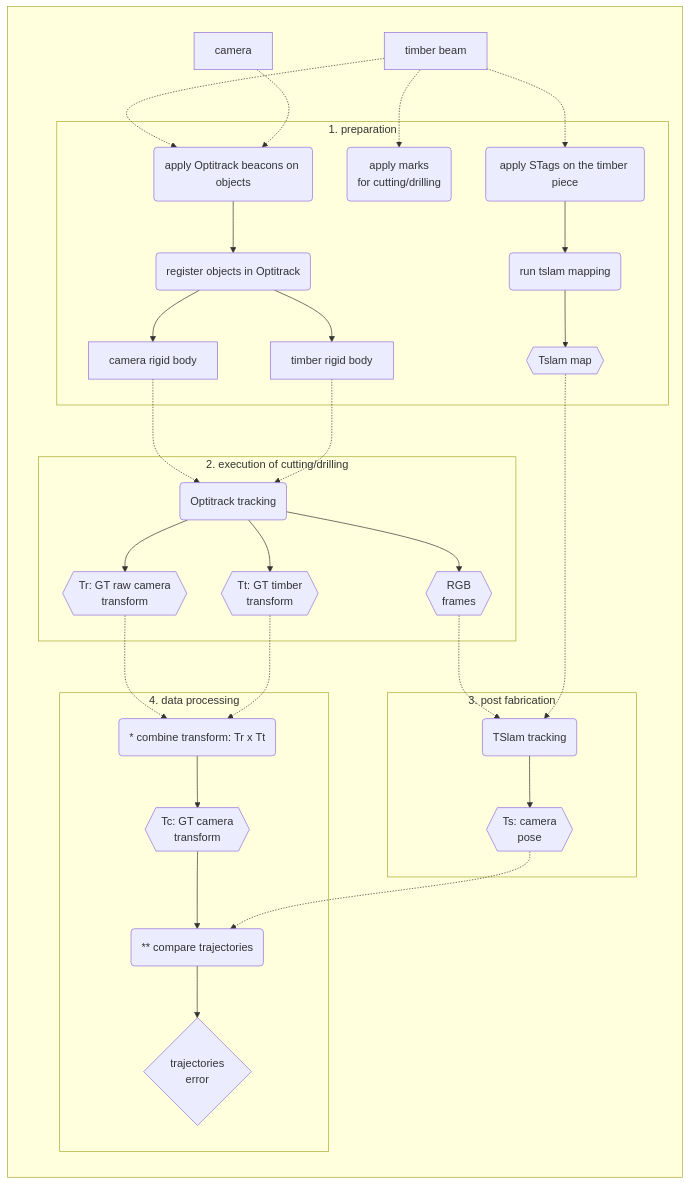
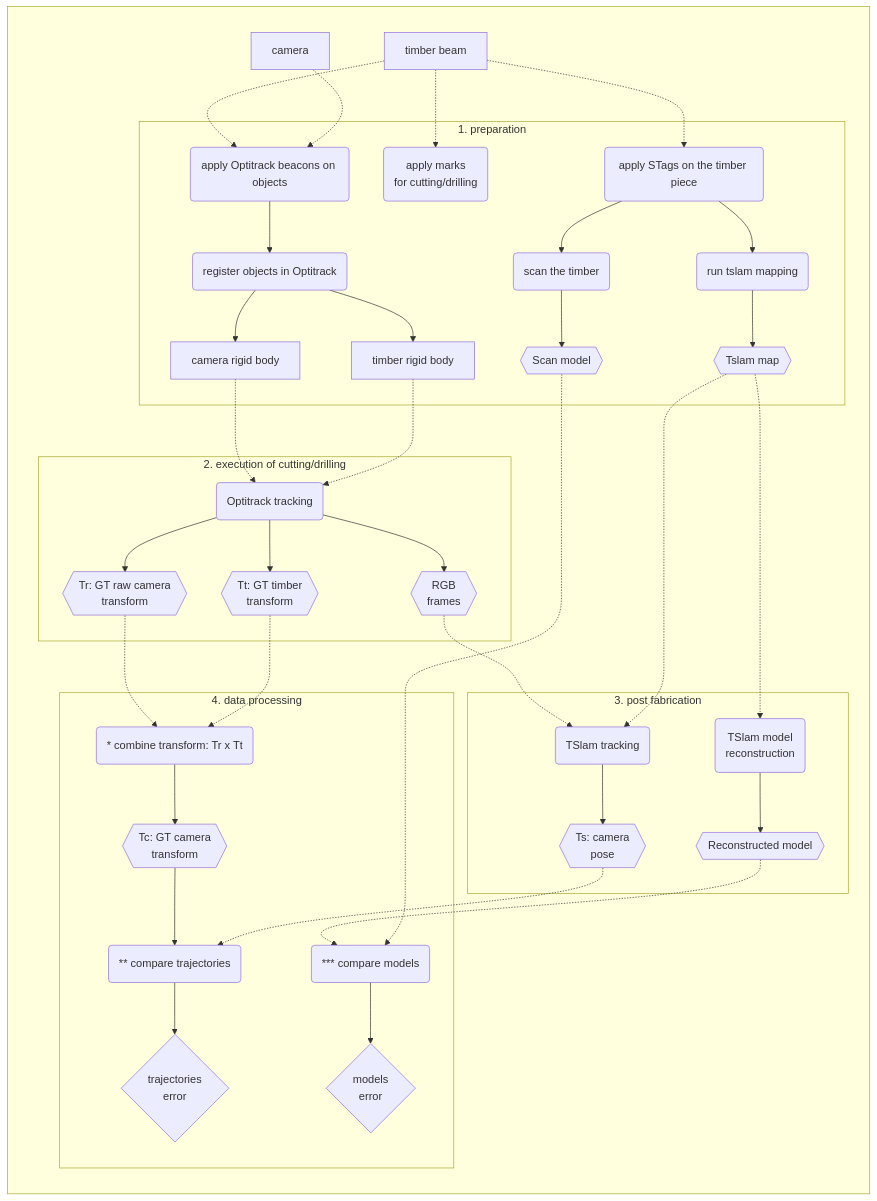
The second of 2 diagrams in eval/readme.md (ibois-epfl/TSlam), drawn with Mermaid before and after one commit. The commit also changed other lines of this file and 9 other files, not shown here.

```diff
--- a/eval/readme.md
+++ b/eval/readme.md
@@ -121,7 +98,8 @@
 
     %% styling
     subG_prep:::subGStyl
-    %% classDef subGStyl padding-left:30em;
+    %% classDef subGStylI padding-left:30em;
+    %% classDef subGStylII padding-left:30em;
 
 
     subgraph  
@@ -149,6 +127,11 @@
         tslamPr1 --> tslamPr2
         tslamPrR{{Tslam map}}
         tslamPr2 --> tslamPrR
+
+        scan(scan the timber)
+        tslamPr1 --> scan
+        scanR{{Scan model}}
+        scan --> scanR
       end
 
 
@@ -171,6 +154,11 @@
         tslamPrR -.-> tslam1
         tslamR1{{Ts: camera \n pose}}
         tslam1 --> tslamR1
+
+        tslam2(TSlam model \n reconstruction)
+        tslamPrR -.-> tslam2
+        tslamR2{{Reconstructed model}}
+        tslam2 --> tslamR2
       end
 
 
@@ -181,11 +169,17 @@
         procR1{{Tc: GT camera \n transform}}
         proc1 --> procR1
 
-        compare(** compare trajectories)
-        procR1 --> compare
-        tslamR1 -.-> compare
-        compareR1{trajectories \n error}
-        compare --> compareR1
+        compareT(** compare trajectories)
+        procR1 --> compareT
+        tslamR1 -.-> compareT
+        compareTR1{trajectories \n error}
+        compareT --> compareTR1
+
+        compareM(*** compare models)
+        tslamR2-.-> compareM
+        scanR-.-> compareM
+        compareMR1{models \n error}
+        compareM --> compareMR1
       end
 
     end
```
